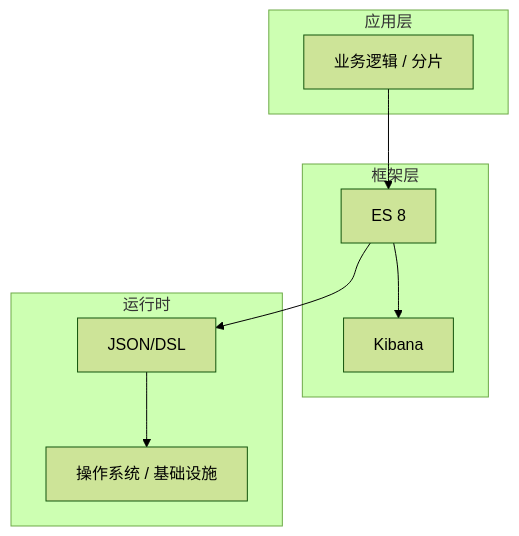
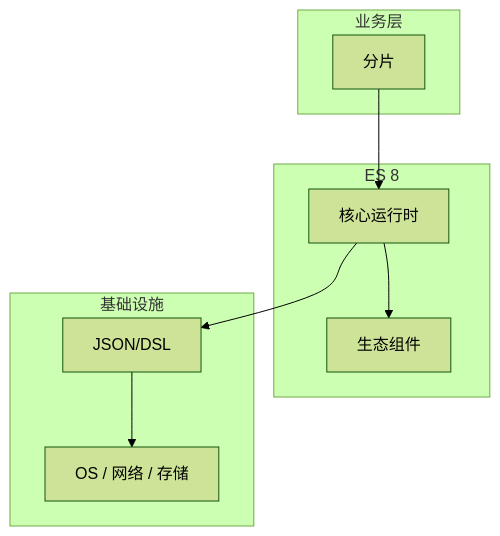
One commit to yanggan2015/knowledge-json-v2 changed the diagram in articles/Elasticsearch/chapters/064-分片核心概念与原理.md. Above: the diagram before and after it, drawn with Mermaid (forest theme). The commit also changed other lines of this file and 10127 other files, not shown here.

````diff
--- a/articles/Elasticsearch/chapters/064-分片核心概念与原理.md
+++ b/articles/Elasticsearch/chapters/064-分片核心概念与原理.md
@@ -45,18 +34,18 @@
 ```mermaid
 graph TB
-    subgraph 应用层
-        A[业务逻辑 / 分片]
+    subgraph 业务层
+        A[分片]
     end
-    subgraph 框架层
-        B[ES 8]
-        C[Kibana]
+    subgraph ES 8
+        B[核心运行时]
+        C[生态组件]
     end
-    subgraph 运行时
+    subgraph 基础设施
         D[JSON/DSL]
-        E[操作系统 / 基础设施]
+        E[OS / 网络 / 存储]
     end
     A --> B
     B --> C
     B --> D
     D --> E
 ```
````
